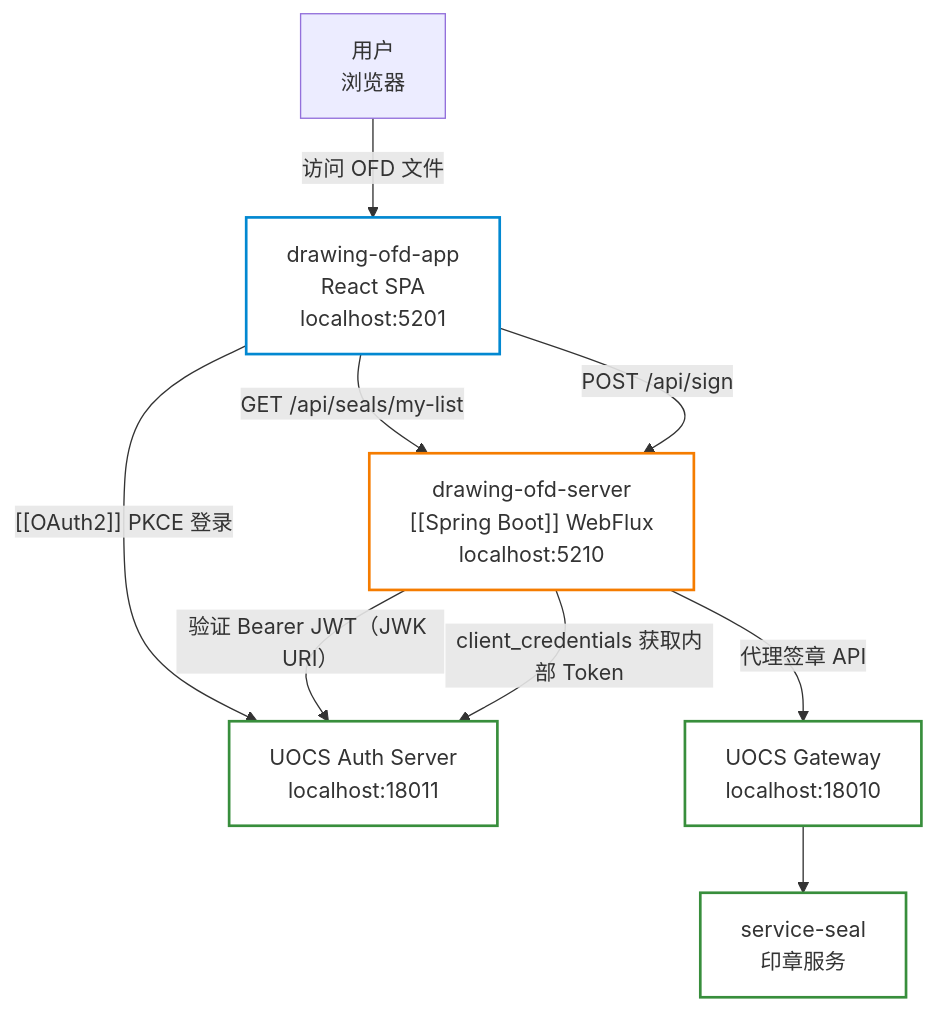
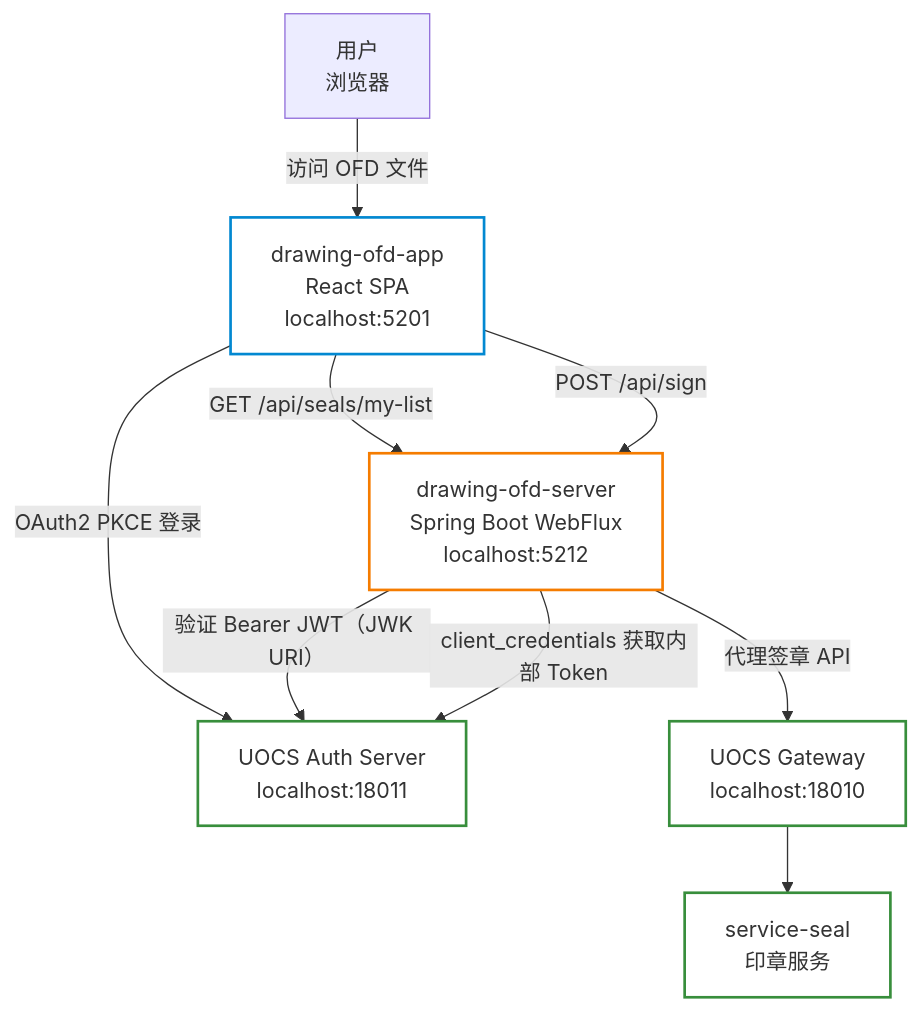
The eighth of 10 diagrams in UOCS开发/drawing-ofd/OAuth2认证体系/OAuth2认证体系设计与实现.md (luguosong/obsidian-lgs), drawn with Mermaid before and after one commit. The commit also changed other lines of this file and 1 other file, not shown here.

````diff
--- a/UOCS开发/drawing-ofd/OAuth2认证体系/OAuth2认证体系设计与实现.md
+++ b/UOCS开发/drawing-ofd/OAuth2认证体系/OAuth2认证体系设计与实现.md
@@ -982,25 +699,25 @@
 ```mermaid
 graph TD
     User["用户<br/>浏览器"]
     App["drawing-ofd-app<br/>React SPA<br/>localhost:5201"]
-    Server["drawing-ofd-server<br/>[[Spring Boot]] WebFlux<br/>localhost:5210"]
+    Server["drawing-ofd-server<br/>Spring Boot WebFlux<br/>localhost:5212"]
     Auth["UOCS Auth Server<br/>localhost:18011"]
     GW["UOCS Gateway<br/>localhost:18010"]
     Seal["service-seal<br/>印章服务"]
 
     User -- "访问 OFD 文件" --> App
-    App -- "[[OAuth2]] PKCE 登录" --> Auth
+    App -- "OAuth2 PKCE 登录" --> Auth
     App -- "GET /api/seals/my-list" --> Server
     App -- "POST /api/sign" --> Server
     Server -- "验证 Bearer JWT（JWK URI）" --> Auth
     Server -- "client_credentials 获取内部 Token" --> Auth
     Server -- "代理签章 API" --> GW
     GW --> Seal
 
     classDef spa fill:none,stroke:#0288d1,stroke-width:2px
     classDef server fill:none,stroke:#f57c00,stroke-width:2px
     classDef uocs fill:none,stroke:#388e3c,stroke-width:2px
     class App spa
     class Server server
     class Auth,GW,Seal uocs
 ```
````
